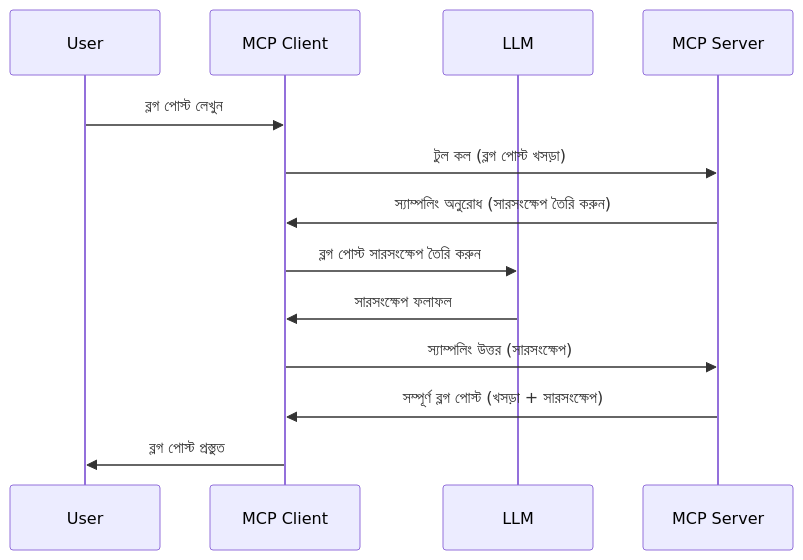
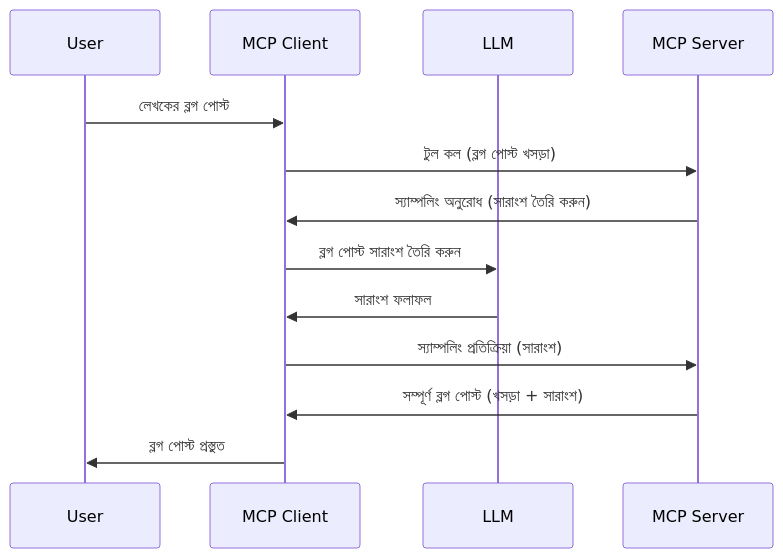
One commit to HIDORAKAI002/ai-workspace-archive changed the diagram in mcp_ecosystem__model_context_protocol/mcp_learning_resources/mcp-for-beginners/translations/bn/03-GettingStarted/14-sampling/README.md. Above: the diagram before and after it, drawn with Mermaid. The commit also changed other lines of this file and 1046 other files, not shown here.

````diff
--- a/mcp_ecosystem__model_context_protocol/mcp_learning_resources/mcp-for-beginners/translations/bn/03-GettingStarted/14-sampling/README.md
+++ b/mcp_ecosystem__model_context_protocol/mcp_learning_resources/mcp-for-beginners/translations/bn/03-GettingStarted/14-sampling/README.md
@@ -23,16 +25,16 @@
 ```mermaid
 sequenceDiagram
     participant User
     participant MCP Client
     participant LLM
     participant MCP Server
 
-    User->>MCP Client: ব্লগ পোস্ট লেখুন
+    User->>MCP Client: লেখকের ব্লগ পোস্ট
     MCP Client->>MCP Server: টুল কল (ব্লগ পোস্ট খসড়া)
-    MCP Server->>MCP Client: স্যাম্পলিং অনুরোধ (সারসংক্ষেপ তৈরি করুন)
-    MCP Client->>LLM: ব্লগ পোস্ট সারসংক্ষেপ তৈরি করুন
-    LLM->>MCP Client: সারসংক্ষেপ ফলাফল
-    MCP Client->>MCP Server: স্যাম্পলিং উত্তর (সারসংক্ষেপ)
-    MCP Server->>MCP Client: সম্পূর্ণ ব্লগ পোস্ট (খসড়া + সারসংক্ষেপ)
+    MCP Server->>MCP Client: স্যাম্পলিং অনুরোধ (সারাংশ তৈরি করুন)
+    MCP Client->>LLM: ব্লগ পোস্ট সারাংশ তৈরি করুন
+    LLM->>MCP Client: সারাংশ ফলাফল
+    MCP Client->>MCP Server: স্যাম্পলিং প্রতিক্রিয়া (সারাংশ)
+    MCP Server->>MCP Client: সম্পূর্ণ ব্লগ পোস্ট (খসড়া + সারাংশ)
     MCP Client->>User: ব্লগ পোস্ট প্রস্তুত
 ```
````
